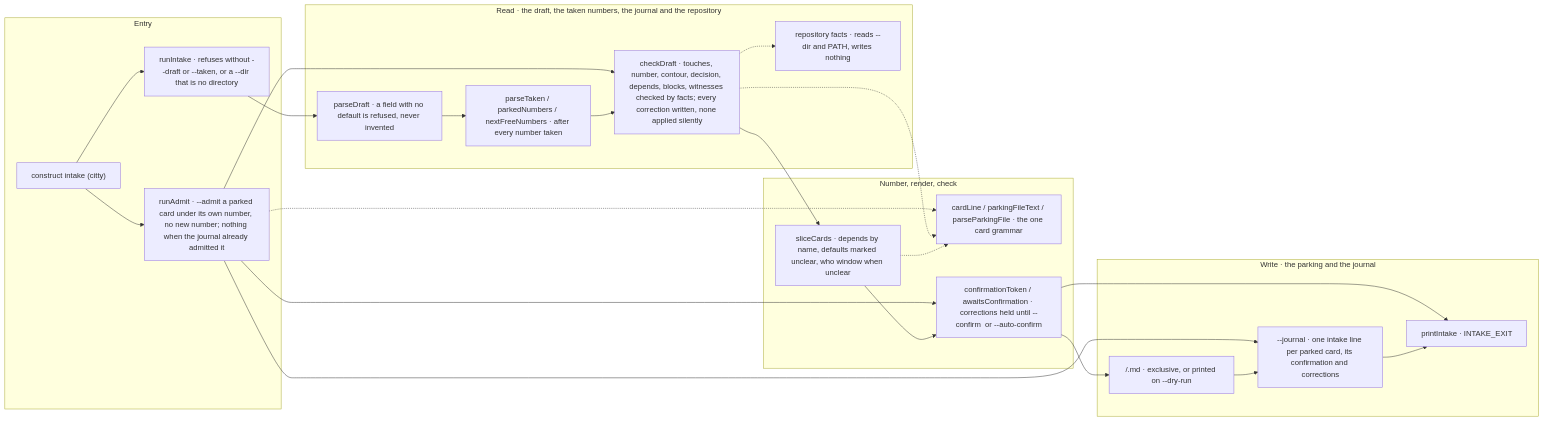
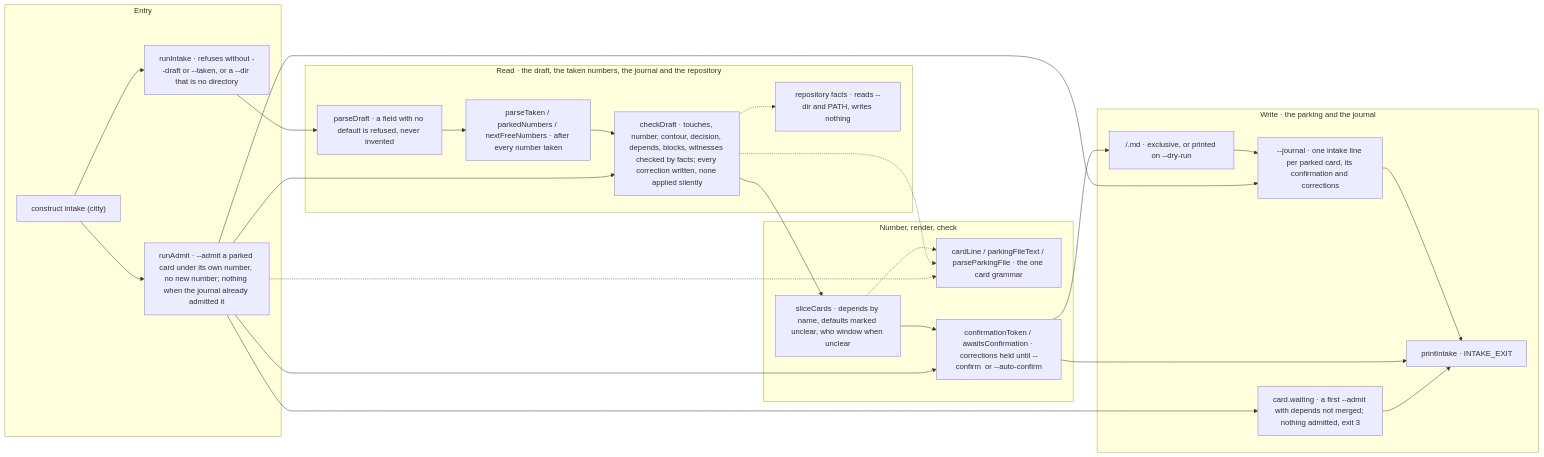
One commit to E1i/mikoshi-construct changed the diagram in architecture/intake.md. Above: the diagram before and after it, drawn with Mermaid. The commit also changed other lines of this file and 10 other files, not shown here.

Commit message:
feat(intake): a first --admit with depends not merged leaves the card parked, writes card.waiting and exits 3 (#869)

````diff
--- a/architecture/intake.md
+++ b/architecture/intake.md
@@ -10,42 +10,45 @@
 ```mermaid
 flowchart LR
   subgraph b_entry["Entry"]
     cli["construct intake (citty)"]
     run["runIntake · refuses without --draft or --taken, or a --dir that is no directory"]
     admit["runAdmit · --admit a parked card under its own number, no new number; nothing when the journal already admitted it"]
   end
   subgraph b_read["Read · the draft, the taken numbers, the journal and the repository"]
     draft["parseDraft · a field with no default is refused, never invented"]
     numbers["parseTaken / parkedNumbers / nextFreeNumbers · after every number taken"]
     check["checkDraft · touches, number, contour, decision, depends, blocks, witnesses checked by facts; every correction written, none applied silently"]
     facts["repository facts · reads --dir and PATH, writes nothing"]
   end
   subgraph b_slice["Number, render, check"]
     slice["sliceCards · depends by name, defaults marked unclear, who window when unclear"]
     grammar["cardLine / parkingFileText / parseParkingFile · the one card grammar"]
     confirm["confirmationToken / awaitsConfirmation · corrections held until --confirm <token> or --auto-confirm"]
   end
   subgraph b_write["Write · the parking and the journal"]
     write["<parking>/<id>.md · exclusive, or printed on --dry-run"]
     journal["--journal · one intake line per parked card, its confirmation and corrections"]
+    waiting["card.waiting · a first --admit with depends not merged; nothing admitted, exit 3"]
     print["printIntake · INTAKE_EXIT"]
   end
   cli --> run
   cli --> admit
   admit -.-> grammar
   admit --> check
   admit --> confirm
+  admit --> waiting
   admit --> journal
+  waiting --> print
   run --> draft
   draft --> numbers
   numbers --> check
   check --> slice
   check -.-> facts
   check -.-> grammar
   slice -.-> grammar
   slice --> confirm
   confirm --> write
   confirm --> print
   write --> journal
   journal --> print
 ```
````
